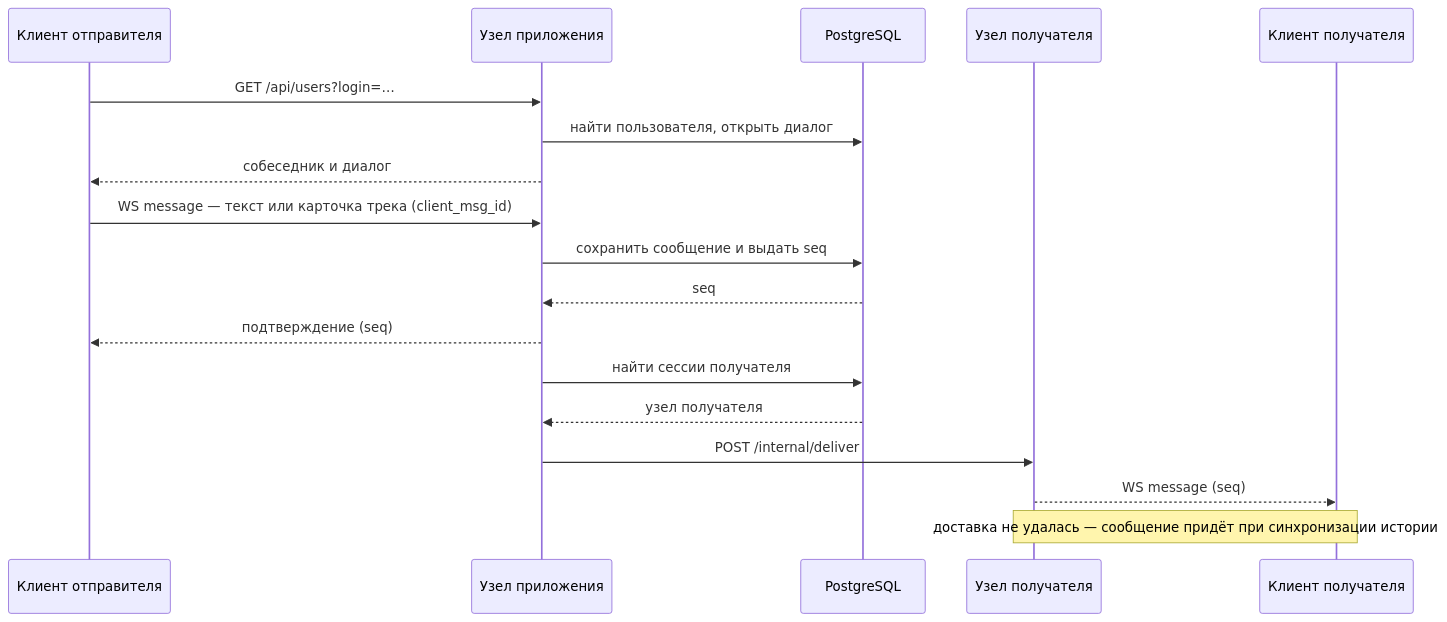
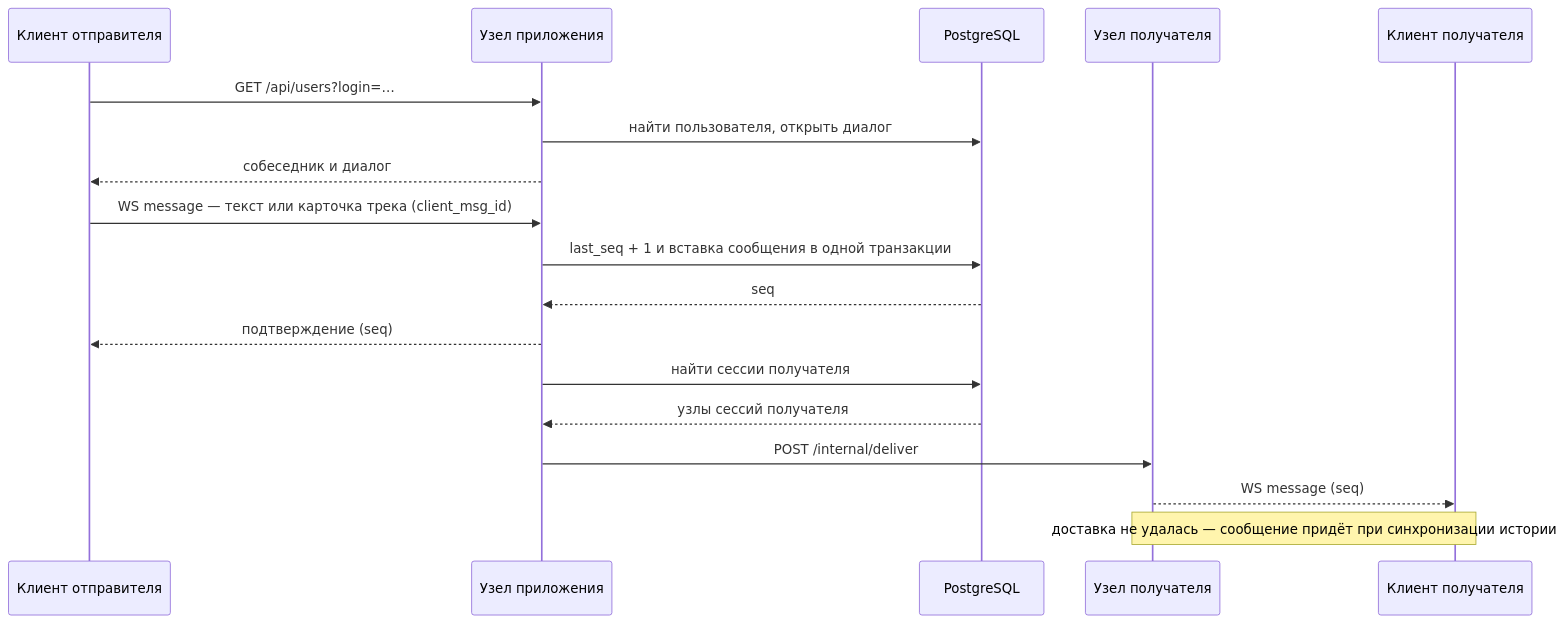
The fifth of 9 diagrams in docs/tr.md (spbu-ds-practicum-2026/TheBoys), drawn with Mermaid before and after one commit. The commit also changed other lines of this file, not shown here.

````diff
--- a/docs/tr.md
+++ b/docs/tr.md
@@ -287,20 +298,20 @@
 ```mermaid
 sequenceDiagram
   participant C as Клиент отправителя
   participant A as Узел приложения
   participant DB as PostgreSQL
   participant B as Узел получателя
   participant R as Клиент получателя
   C->>A: GET /api/users?login=…
   A->>DB: найти пользователя, открыть диалог
   A-->>C: собеседник и диалог
   C->>A: WS message — текст или карточка трека (client_msg_id)
-  A->>DB: сохранить сообщение и выдать seq
+  A->>DB: last_seq + 1 и вставка сообщения в одной транзакции
   DB-->>A: seq
   A-->>C: подтверждение (seq)
   A->>DB: найти сессии получателя
-  DB-->>A: узел получателя
+  DB-->>A: узлы сессий получателя
   A->>B: POST /internal/deliver
   B-->>R: WS message (seq)
   Note over B,R: доставка не удалась — сообщение придёт при синхронизации истории
 ```
````
